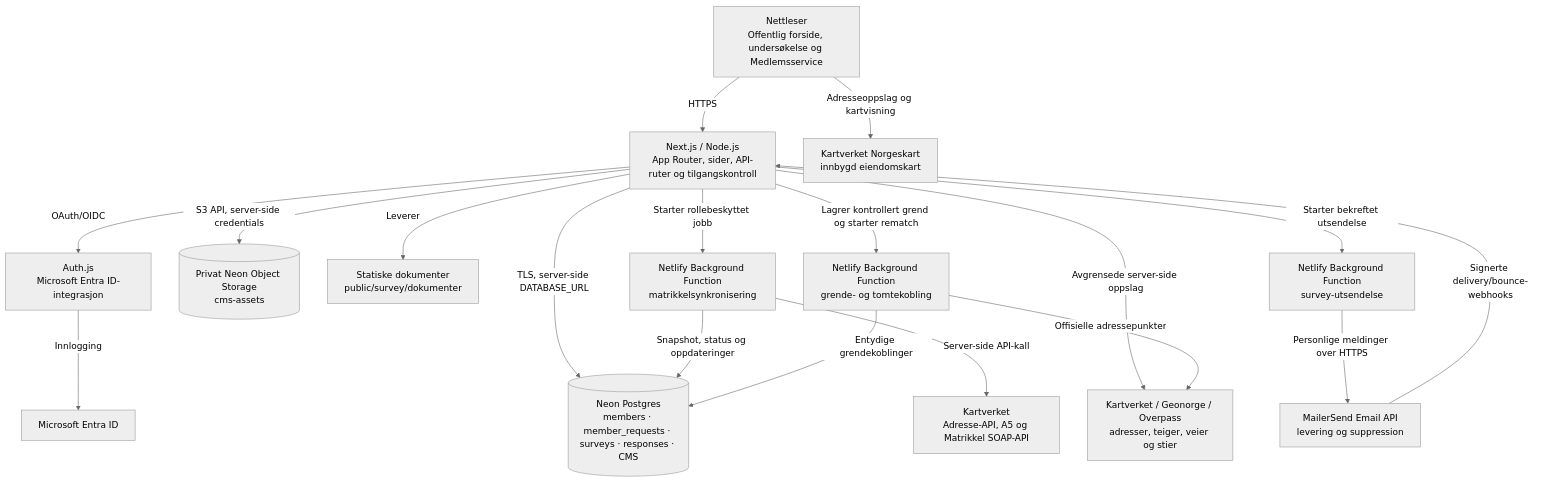
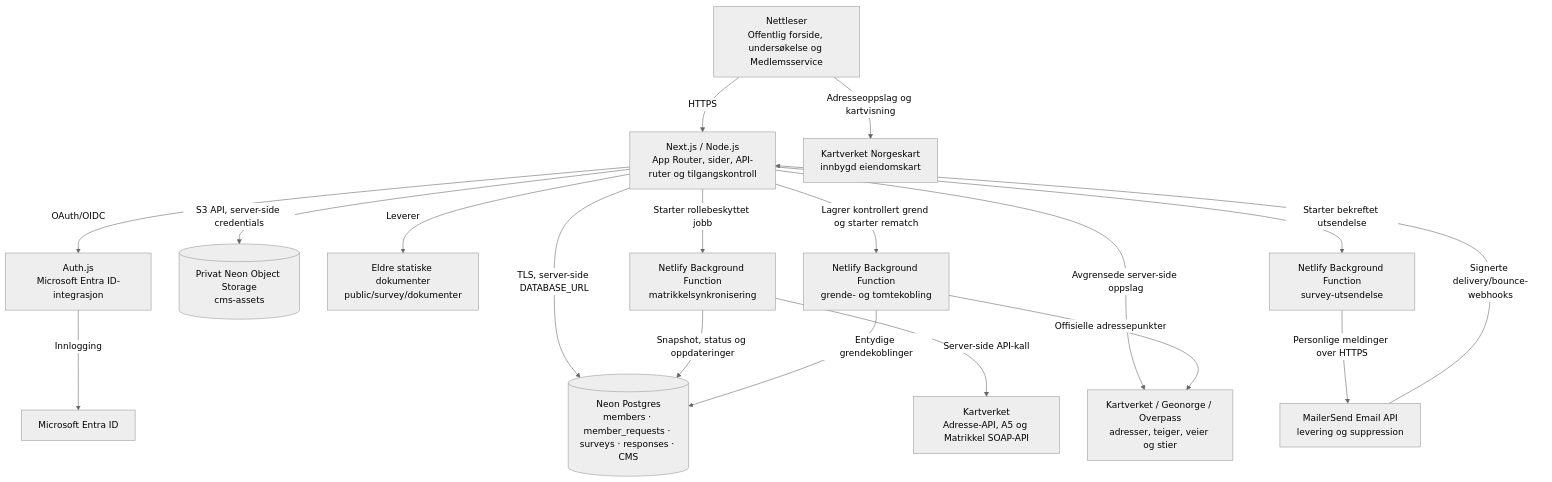
Before and after one commit to ibjohansen/tfv-poll: the second of 6 diagrams in README.md, drawn with Mermaid (neutral theme). The commit also changed other lines of this file and 30 other files, not shown here.

````diff
--- a/README.md
+++ b/README.md
@@ -139,34 +141,34 @@
 ```mermaid
 flowchart TB
   browser["Nettleser\nOffentlig forside, undersøkelse og Medlemsservice"]
   next["Next.js / Node.js\nApp Router, sider, API-ruter og tilgangskontroll"]
   auth["Auth.js\nMicrosoft Entra ID-integrasjon"]
   db[("Neon Postgres\nmembers · member_requests · surveys · responses · CMS")]
   storage[("Privat Neon Object Storage\ncms-assets")]
-  files["Statiske dokumenter\npublic/survey/dokumenter"]
+  files["Eldre statiske dokumenter\npublic/survey/dokumenter"]
   matrikkel["Kartverket\nAdresse-API, A5 og Matrikkel SOAP-API"]
   norgeskart["Kartverket Norgeskart\ninnbygd eiendomskart"]
   geodata["Kartverket / Geonorge / Overpass\nadresser, teiger, veier og stier"]
   worker["Netlify Background Function\nmatrikkelsynkronisering"]
   hamletworker["Netlify Background Function\ngrende- og tomtekobling"]
   emailworker["Netlify Background Function\nsurvey-utsendelse"]
   mailer["MailerSend Email API\nlevering og suppression"]
 
   browser -->|"HTTPS"| next
   next -->|"OAuth/OIDC"| auth
   auth -->|"Innlogging"| entra["Microsoft Entra ID"]
   next -->|"TLS, server-side DATABASE_URL"| db
   next -->|"S3 API, server-side credentials"| storage
   next -->|"Leverer"| files
   next -->|"Starter rollebeskyttet jobb"| worker
   next -->|"Lagrer kontrollert grend og starter rematch"| hamletworker
   next -->|"Starter bekreftet utsendelse"| emailworker
   emailworker -->|"Personlige meldinger over HTTPS"| mailer
   mailer -->|"Signerte delivery/bounce-webhooks"| next
   worker -->|"Server-side API-kall"| matrikkel
   browser -->|"Adresseoppslag og kartvisning"| norgeskart
   next -->|"Avgrensede server-side oppslag"| geodata
   worker -->|"Snapshot, status og oppdateringer"| db
   hamletworker -->|"Entydige grendekoblinger"| db
   hamletworker -->|"Offisielle adressepunkter"| geodata
 ```
````
